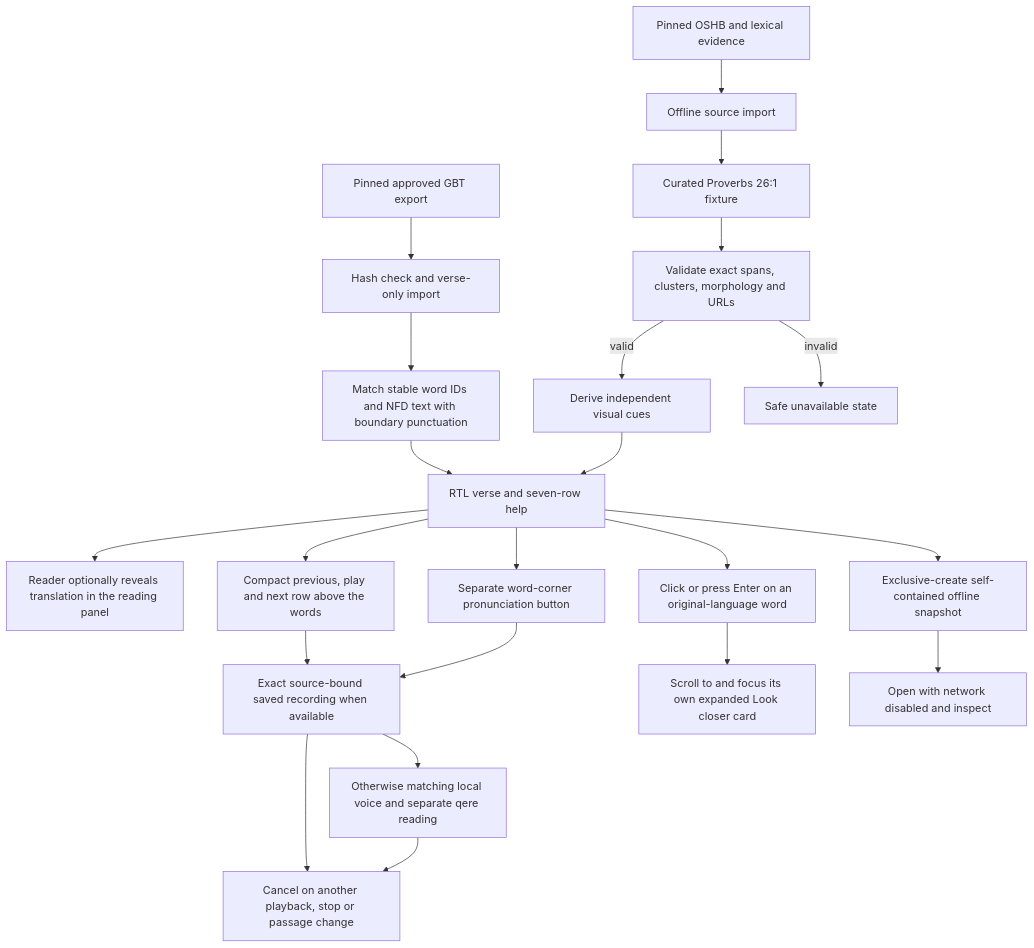
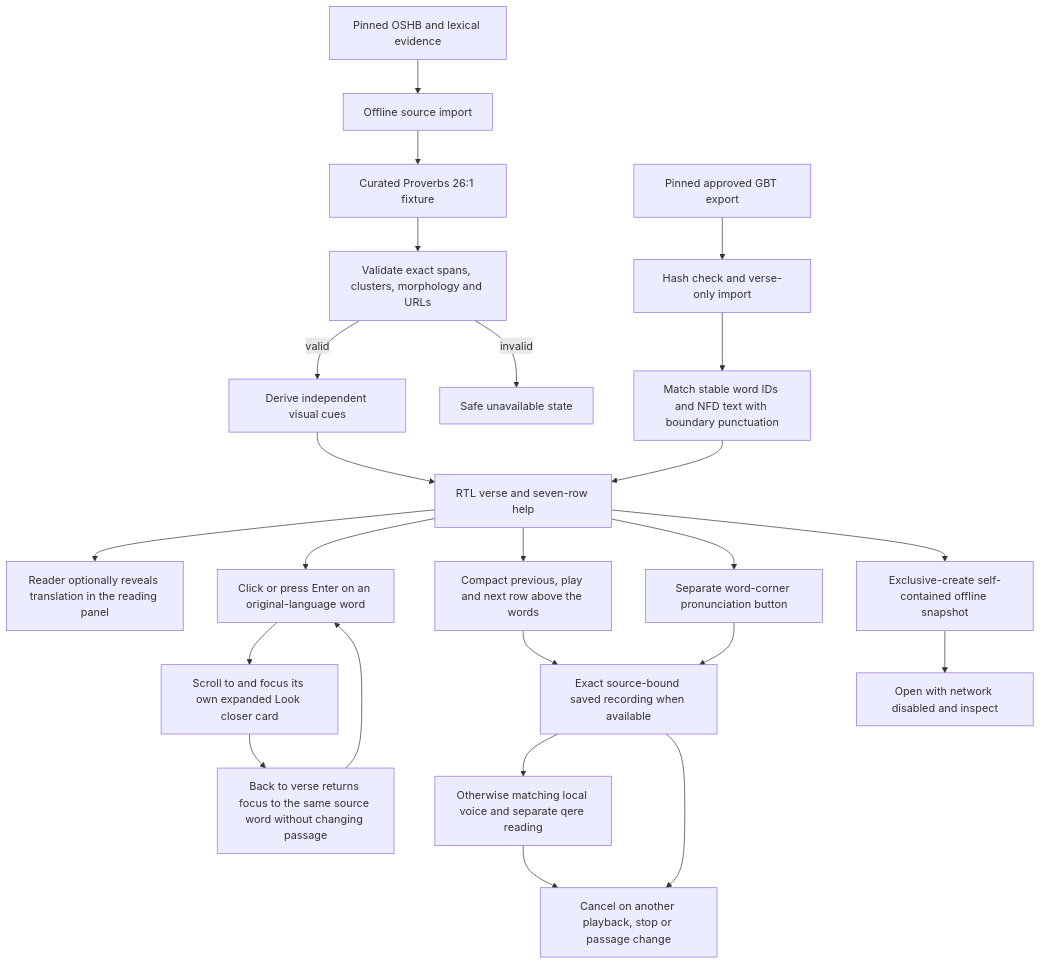
Before and after one commit to loveJesus/visual-biblical-language-reader-chirho: the first of 9 diagrams in spec-chirho/workflows-chirho/local-reader-chirho.md, drawn with Mermaid. The commit also changed 8 other files, not shown here.

Commit message:
Add bilingual return links from word cards to the verse

````diff
--- a/spec-chirho/workflows-chirho/local-reader-chirho.md
+++ b/spec-chirho/workflows-chirho/local-reader-chirho.md
@@ -5,24 +5,26 @@
 ```mermaid
 flowchart TD
     pinned_chirho[Pinned OSHB and lexical evidence] --> import_chirho[Offline source import]
     import_chirho --> fixture_chirho[Curated Proverbs 26:1 fixture]
     fixture_chirho --> validate_chirho[Validate exact spans, clusters, morphology and URLs]
     gbt_chirho[Pinned approved GBT export] --> gloss_import_chirho[Hash check and verse-only import]
     gloss_import_chirho --> gloss_validate_chirho[Match stable word IDs and NFD text with boundary punctuation]
     gloss_validate_chirho --> reader_chirho
     validate_chirho -->|valid| cues_chirho[Derive independent visual cues]
     validate_chirho -->|invalid| unavailable_chirho[Safe unavailable state]
     cues_chirho --> reader_chirho[RTL verse and seven-row help]
     reader_chirho --> reveal_chirho[Reader optionally reveals translation in the reading panel]
     reader_chirho --> word_jump_chirho[Click or press Enter on an original-language word]
     reader_chirho --> transport_chirho[Compact previous, play and next row above the words]
     reader_chirho --> trumpet_chirho[Separate word-corner pronunciation button]
     transport_chirho --> recordings_chirho[Exact source-bound saved recording when available]
     trumpet_chirho --> recordings_chirho
     recordings_chirho --> speech_chirho[Otherwise matching local voice and separate qere reading]
     recordings_chirho --> cancel_chirho
     speech_chirho --> cancel_chirho[Cancel on another playback, stop or passage change]
     word_jump_chirho --> card_chirho[Scroll to and focus its own expanded Look closer card]
+    card_chirho --> return_chirho[Back to verse returns focus to the same source word without changing passage]
+    return_chirho --> word_jump_chirho
     reader_chirho --> export_chirho[Exclusive-create self-contained offline snapshot]
     export_chirho --> offline_chirho[Open with network disabled and inspect]
 ```
````
